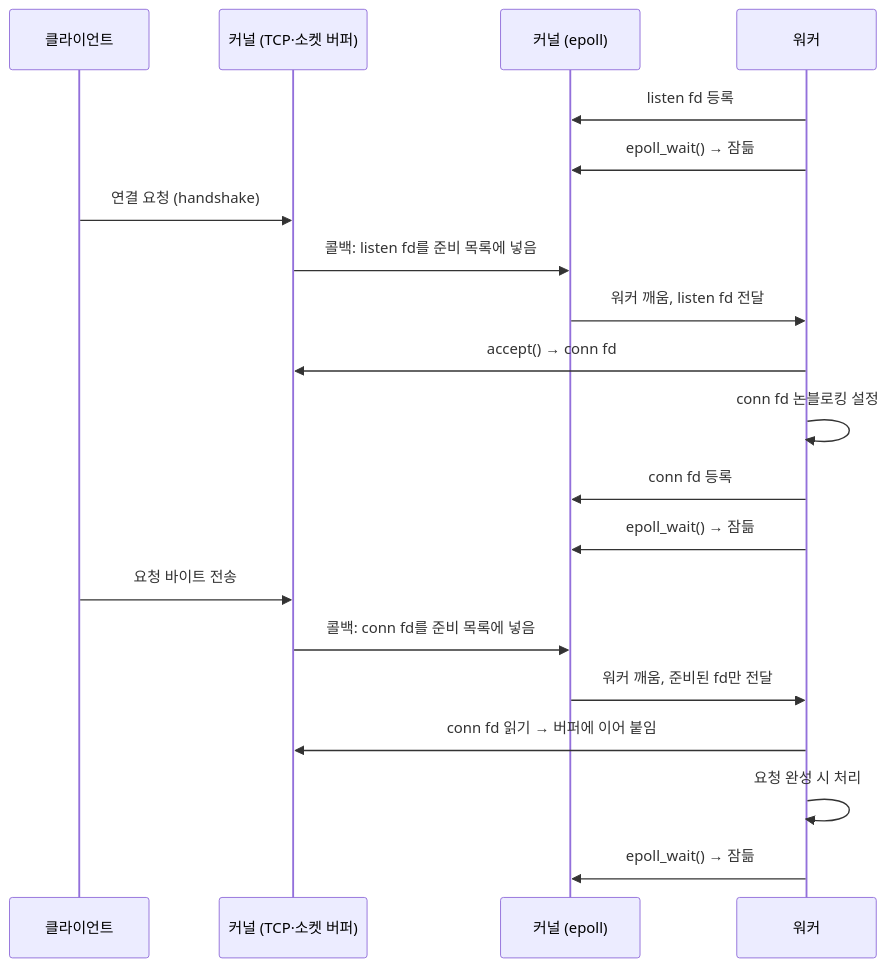
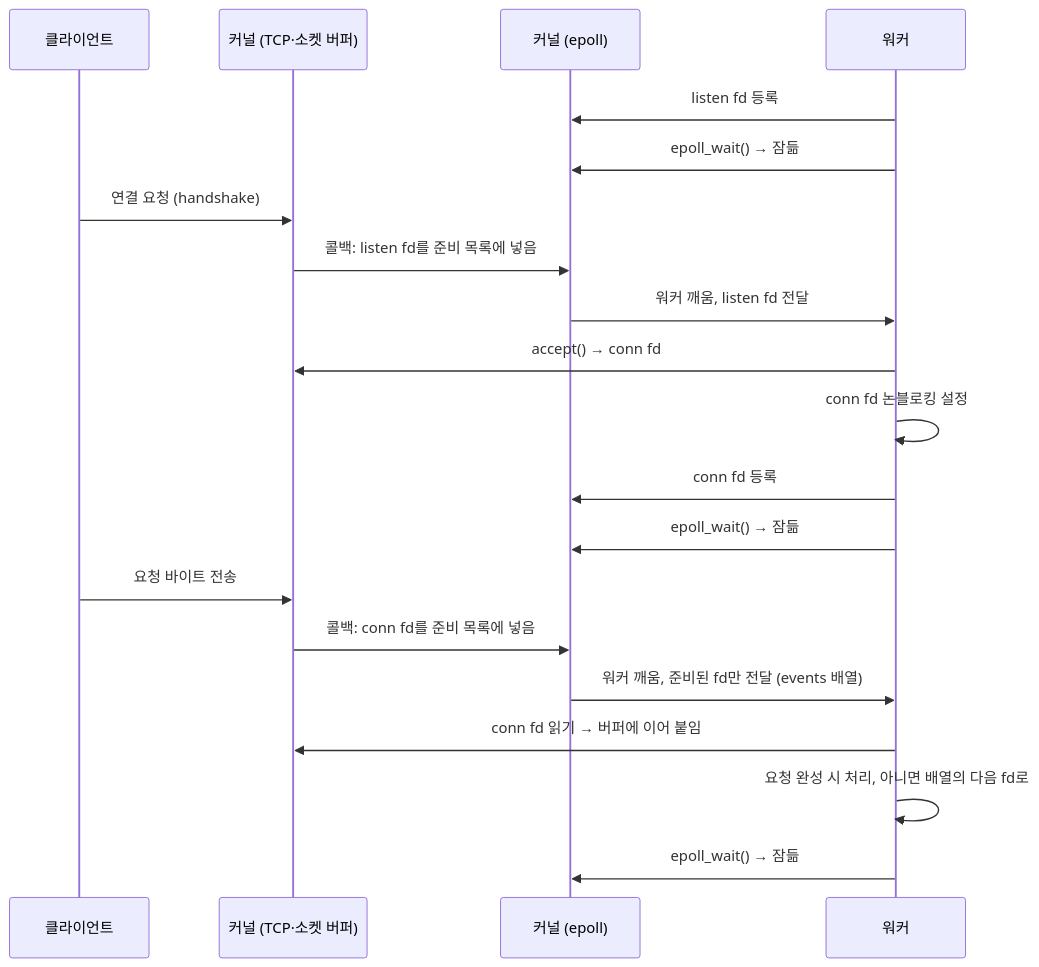
One commit to choimoohun/SW-AI-W13-Web-Server changed the first of 2 diagrams in README.md. Above: the diagram before and after it, drawn with Mermaid.

````diff
--- a/README.md
+++ b/README.md
@@ -43,25 +43,25 @@
 ```mermaid
 sequenceDiagram
     participant C as 클라이언트
     participant K as 커널 (TCP·소켓 버퍼)
     participant E as 커널 (epoll)
     participant W as 워커
 
     W->>E: listen fd 등록
     W->>E: epoll_wait() → 잠듦
 
     C->>K: 연결 요청 (handshake)
     K->>E: 콜백: listen fd를 준비 목록에 넣음
     E->>W: 워커 깨움, listen fd 전달
     W->>K: accept() → conn fd
     W->>W: conn fd 논블로킹 설정
     W->>E: conn fd 등록
     W->>E: epoll_wait() → 잠듦
 
     C->>K: 요청 바이트 전송
     K->>E: 콜백: conn fd를 준비 목록에 넣음
-    E->>W: 워커 깨움, 준비된 fd만 전달
+    E->>W: 워커 깨움, 준비된 fd만 전달 (events 배열)
     W->>K: conn fd 읽기 → 버퍼에 이어 붙임
-    W->>W: 요청 완성 시 처리
+    W->>W: 요청 완성 시 처리, 아니면 배열의 다음 fd로
     W->>E: epoll_wait() → 잠듦
 ```
````
